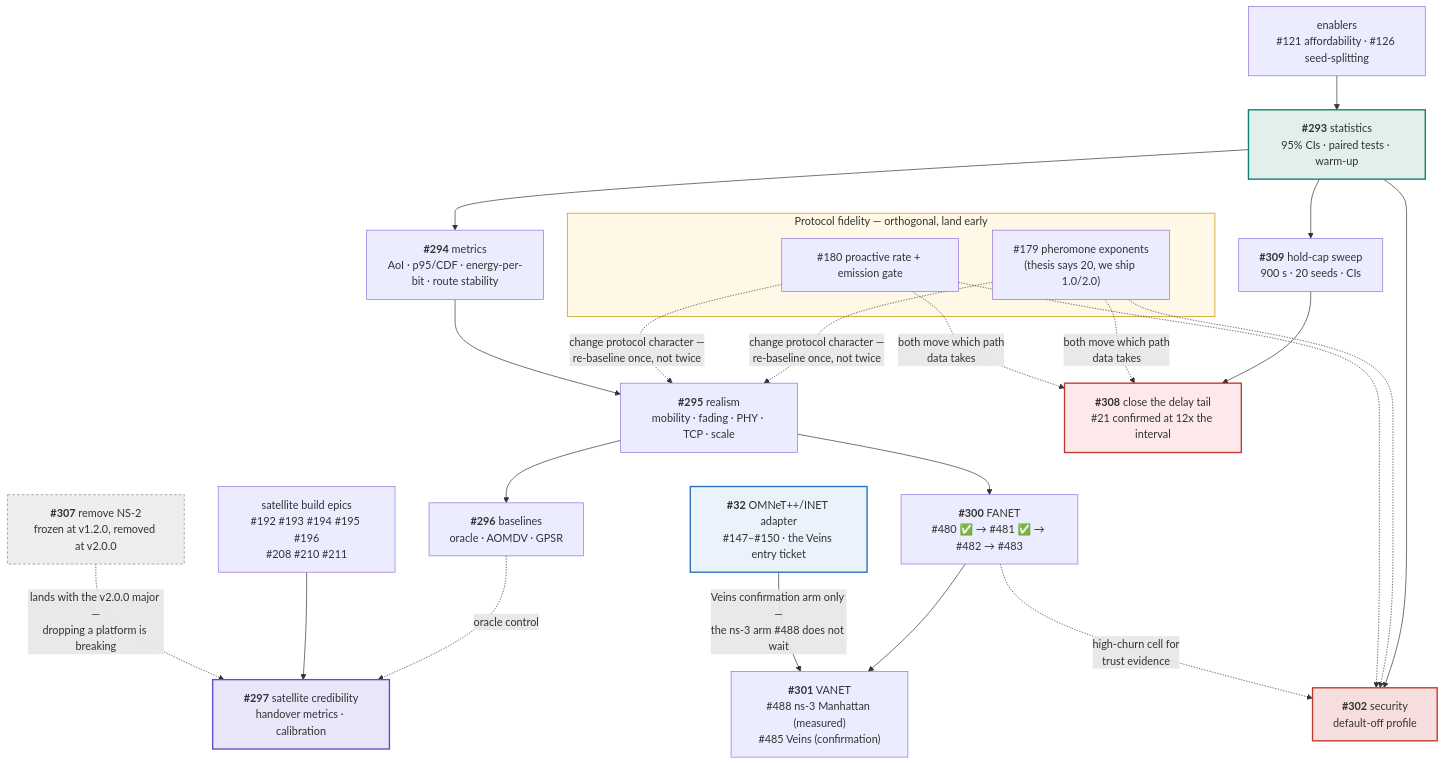
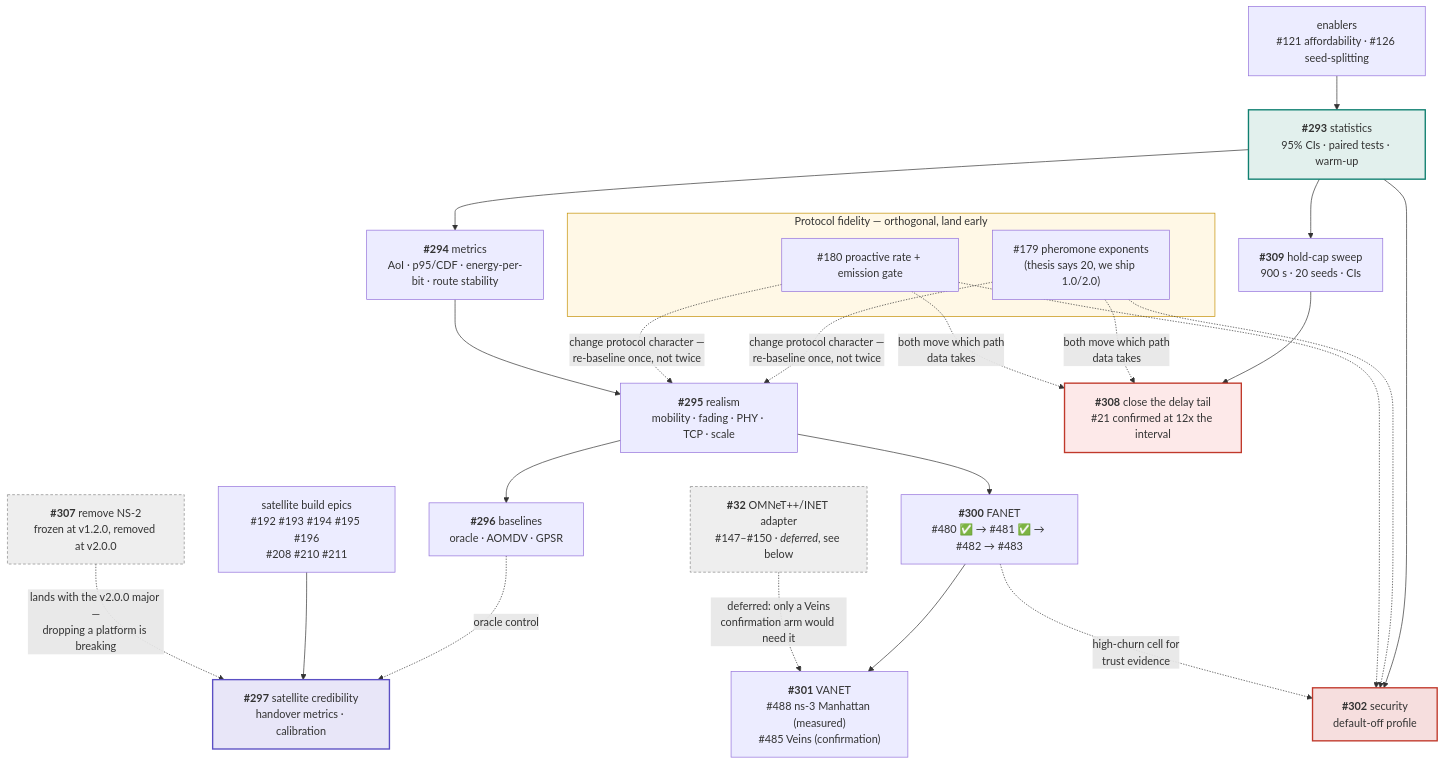
One commit to danieljoppi/AntHocNet changed the second of 2 diagrams in docs/roadmap.md. Above: the diagram before and after it, drawn with Mermaid. The commit also changed other lines of this file and 1 other file, not shown here.

First line of the commit message:
docs(roadmap): defer the OMNeT++/INET adapter; v1.8.0 becomes the #521 roll-up

````diff
--- a/docs/roadmap.md
+++ b/docs/roadmap.md
@@ -68,46 +68,46 @@
 ```mermaid
 flowchart TB
     subgraph FID["Protocol fidelity — orthogonal, land early"]
         F179["#179 pheromone exponents<br/>(thesis says 20, we ship 1.0/2.0)"]
         F180["#180 proactive rate + emission gate"]
     end
 
     E293["<b>#293</b> statistics<br/>95% CIs · paired tests · warm-up"]
     E294["<b>#294</b> metrics<br/>AoI · p95/CDF · energy-per-bit · route stability"]
     E295["<b>#295</b> realism<br/>mobility · fading · PHY · TCP · scale"]
     E296["<b>#296</b> baselines<br/>oracle · AOMDV · GPSR"]
     E300["<b>#300</b> FANET<br/>#480 ✅ → #481 ✅ → #482 → #483"]
     E301["<b>#301</b> VANET<br/>#488 ns-3 Manhattan (measured)<br/>#485 Veins (confirmation)"]
     E297["<b>#297</b> satellite credibility<br/>handover metrics · calibration"]
     E302["<b>#302</b> security<br/>default-off profile"]
     E307["<b>#307</b> remove NS-2<br/>frozen at v1.2.0, removed at v2.0.0"]
-    E32["<b>#32</b> OMNeT++/INET adapter<br/>#147–#150 · the Veins entry ticket"]
+    E32["<b>#32</b> OMNeT++/INET adapter<br/>#147–#150 · <i>deferred</i>, see below"]
 
     SATBUILD["satellite build epics<br/>#192 #193 #194 #195 #196<br/>#208 #210 #211"]
     ENABLE["enablers<br/>#121 affordability · #126 seed-splitting"]
     I309["<b>#309</b> hold-cap sweep<br/>900 s · 20 seeds · CIs"]
     E308["<b>#308</b> close the delay tail<br/>#21 confirmed at 12x the interval"]
 
     ENABLE --> E293
     E293 --> I309
     I309 --> E308
     F179 & F180 -.->|"both move which path<br/>data takes"| E308
     F179 & F180 -.->|"change protocol character —<br/>re-baseline once, not twice"| E295
     E293 --> E294 --> E295 --> E296
     E295 --> E300 --> E301
     E296 -.->|"oracle control"| E297
     SATBUILD --> E297
     E293 --> E302
     F179 & F180 -.-> E302
     E307 -.->|"lands with the v2.0.0 major —<br/>dropping a platform is breaking"| E297
-    E32 -->|"Veins confirmation arm only —<br/>the ns-3 arm #488 does not wait"| E301
+    E32 -.->|"deferred: only a Veins<br/>confirmation arm would need it"| E301
     E300 -.->|"high-churn cell for<br/>trust evidence"| E302
 
     style E293 fill:#e2f0ed,stroke:#0f7f70,stroke-width:2px
     style E297 fill:#e8e6f8,stroke:#5b4fc4,stroke-width:2px
     style E302 fill:#f6dede,stroke:#c0392b,stroke-width:2px
     style E307 fill:#eee,stroke:#888,stroke-dasharray:4 3
-    style E32 fill:#eaf2fb,stroke:#2c6fbb,stroke-width:2px
+    style E32 fill:#eee,stroke:#888,stroke-dasharray:4 3
     style E308 fill:#fde9e9,stroke:#c0392b,stroke-width:2px
     style FID fill:#fff8e6,stroke:#c48f00
 ```
````
